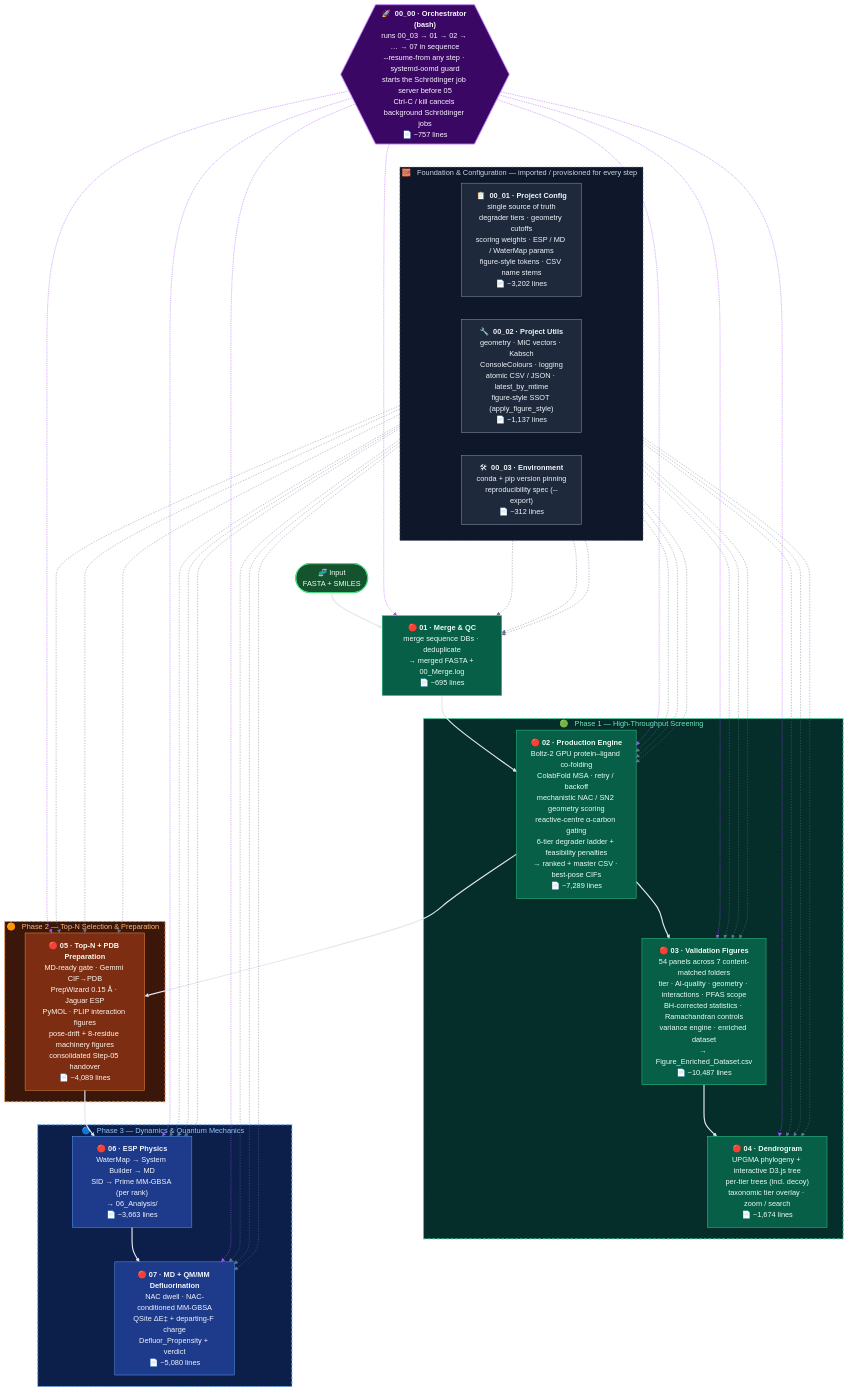
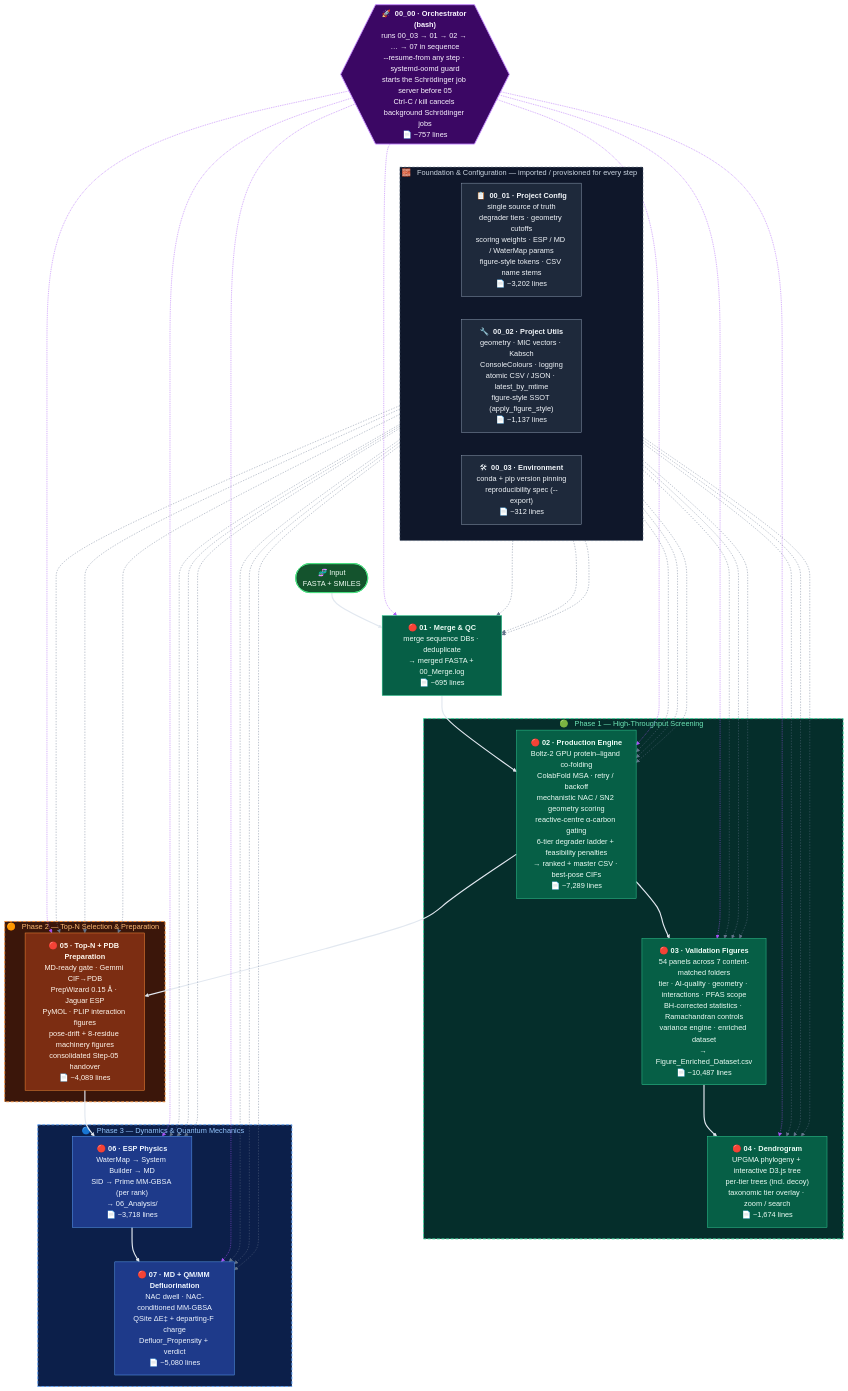
Before and after one commit to KU-MGB/DeFluorX: the diagram in README.md, drawn with Mermaid. The commit also changed 1 other file, not shown here.

````diff
--- a/README.md
+++ b/README.md
@@ -193,64 +193,64 @@
 ```mermaid
 flowchart TD
     ORCH{{"🚀 &nbsp;<b>00_00 · Orchestrator (bash)</b><br/>runs 00_03 → 01 → 02 → … → 07 in sequence<br/>--resume-from any step · systemd-oomd guard<br/>starts the Schrödinger job server before 05<br/>Ctrl-C / kill cancels background Schrödinger jobs<br/>📄 ~757 lines"}}:::orch
 
     subgraph FOUNDATION["🧱 &nbsp; Foundation &amp; Configuration — imported / provisioned for every step &nbsp;"]
         direction LR
         CFG["📋 &nbsp;<b>00_01 · Project Config</b><br/>single source of truth<br/>degrader tiers · geometry cutoffs<br/>scoring weights · ESP / MD / WaterMap params<br/>figure-style tokens · CSV name stems<br/>📄 ~3,202 lines"]:::found
         UTL["🔧 &nbsp;<b>00_02 · Project Utils</b><br/>geometry · MIC vectors · Kabsch<br/>ConsoleColours · logging<br/>atomic CSV / JSON · latest_by_mtime<br/>figure-style SSOT (apply_figure_style)<br/>📄 ~1,137 lines"]:::found
         ENV["🛠 &nbsp;<b>00_03 · Environment</b><br/>conda + pip version pinning<br/>reproducibility spec (--export)<br/>📄 ~312 lines"]:::found
     end
 
     START(["🧬 Input<br/>FASTA + SMILES"]):::io
     M1["🔴&nbsp;<b>01 · Merge &amp; QC</b><br/>merge sequence DBs · deduplicate<br/>→ merged FASTA + 00_Merge.log<br/>📄 ~695 lines"]:::hts
 
     subgraph PHASE1["🟢 &nbsp; Phase 1 — High-Throughput Screening &nbsp;"]
         M2["🔴&nbsp;<b>02 · Production Engine</b><br/>Boltz-2 GPU protein–ligand co-folding<br/>ColabFold MSA · retry / backoff<br/>mechanistic NAC / SN2 geometry scoring<br/>reactive-centre α-carbon gating<br/>6-tier degrader ladder + feasibility penalties<br/>→ ranked + master CSV · best-pose CIFs<br/>📄 ~7,289 lines"]:::hts
         M3["🔴&nbsp;<b>03 · Validation Figures</b><br/>54 panels across 7 content-matched folders<br/>tier · AI-quality · geometry · interactions · PFAS scope<br/>BH-corrected statistics · Ramachandran controls<br/>variance engine · enriched dataset<br/>→ Figure_Enriched_Dataset.csv<br/>📄 ~10,487 lines"]:::hts
         M4["🔴&nbsp;<b>04 · Dendrogram</b><br/>UPGMA phylogeny + interactive D3.js tree<br/>per-tier trees (incl. decoy)<br/>taxonomic tier overlay · zoom / search<br/>📄 ~1,674 lines"]:::hts
         M2 --> M3 --> M4
     end
 
     subgraph PHASE2["🟠 &nbsp; Phase 2 — Top-N Selection &amp; Preparation &nbsp;"]
         M5["🔴&nbsp;<b>05 · Top-N + PDB Preparation</b><br/>MD-ready gate · Gemmi CIF→PDB<br/>PrepWizard 0.15 Å · Jaguar ESP<br/>PyMOL · PLIP interaction figures<br/>pose-drift + 8-residue machinery figures<br/>consolidated Step-05 handover<br/>📄 ~4,089 lines"]:::prep
     end
 
     subgraph PHASE3["🔵 &nbsp; Phase 3 — Dynamics &amp; Quantum Mechanics &nbsp;"]
-        M6["🔴&nbsp;<b>06 · ESP Physics</b><br/>WaterMap → System Builder → MD<br/>SID → Prime MM-GBSA (per rank)<br/>→ 06_Analysis/<br/>📄 ~3,663 lines"]:::dyn
+        M6["🔴&nbsp;<b>06 · ESP Physics</b><br/>WaterMap → System Builder → MD<br/>SID → Prime MM-GBSA (per rank)<br/>→ 06_Analysis/<br/>📄 ~3,718 lines"]:::dyn
         M7["🔴&nbsp;<b>07 · MD + QM/MM Defluorination</b><br/>NAC dwell · NAC-conditioned MM-GBSA<br/>QSite ΔE‡ + departing-F charge<br/>Defluor_Propensity + verdict<br/>📄 ~5,080 lines"]:::dyn
         M6 --> M7
     end
 
     %% keep orchestrator above foundation above the steps
     ORCH ~~~ FOUNDATION
     FOUNDATION ~~~ START
 
     %% data flow (solid white)
     START --> M1 --> M2
     M2 --> M5 --> M6
 
     %% orchestrator runs each step (fan, routed to the sides)
     ORCH -.-> M1 & M2 & M3 & M4 & M5 & M6 & M7
 
     %% foundation: one fan from each of config / utils / env to every step
     CFG -.-> M1 & M2 & M3 & M4 & M5 & M6 & M7
     UTL -.-> M1 & M2 & M3 & M4 & M5 & M6 & M7
     ENV -.-> M1 & M2 & M3 & M4 & M5 & M6 & M7
 
     classDef io    fill:#14532d,stroke:#4ade80,color:#f0fdf4,stroke-width:2px
     classDef orch  fill:#3b0764,stroke:#c084fc,color:#faf5ff,stroke-width:2px
     classDef found fill:#1e293b,stroke:#94a3b8,color:#f1f5f9
     classDef hts   fill:#065f46,stroke:#34d399,color:#ecfdf5
     classDef prep  fill:#7c2d12,stroke:#fb923c,color:#fff7ed
     classDef dyn   fill:#1e3a8a,stroke:#60a5fa,color:#eff6ff
 
     style FOUNDATION fill:#0f172a,stroke:#64748b,color:#cbd5e1,stroke-width:1px,stroke-dasharray:5 4
     style PHASE1 fill:#052e2b,stroke:#34d399,color:#6ee7b7,stroke-width:2px,stroke-dasharray:6 4
     style PHASE2 fill:#3b160a,stroke:#fb923c,color:#fdba74,stroke-width:2px,stroke-dasharray:6 4
     style PHASE3 fill:#0c1f4a,stroke:#60a5fa,color:#93c5fd,stroke-width:2px,stroke-dasharray:6 4
 
     linkStyle 0,1,2,5,6,7,8 stroke:#e2e8f0,stroke-width:2.5px
     linkStyle 3,4 stroke-width:0px,stroke:none
     linkStyle 9,10,11,12,13,14,15 stroke:#a855f7,stroke-width:1.1px
     linkStyle 16,17,18,19,20,21,22,23,24,25,26,27,28,29,30,31,32,33,34,35,36 stroke:#64748b,stroke-width:0.9px,stroke-dasharray:3 3
 ```
````
